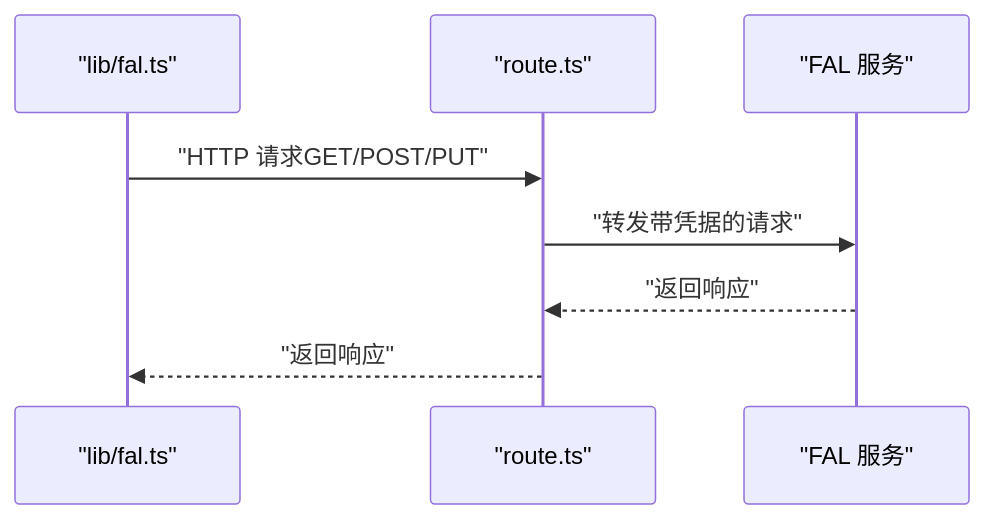
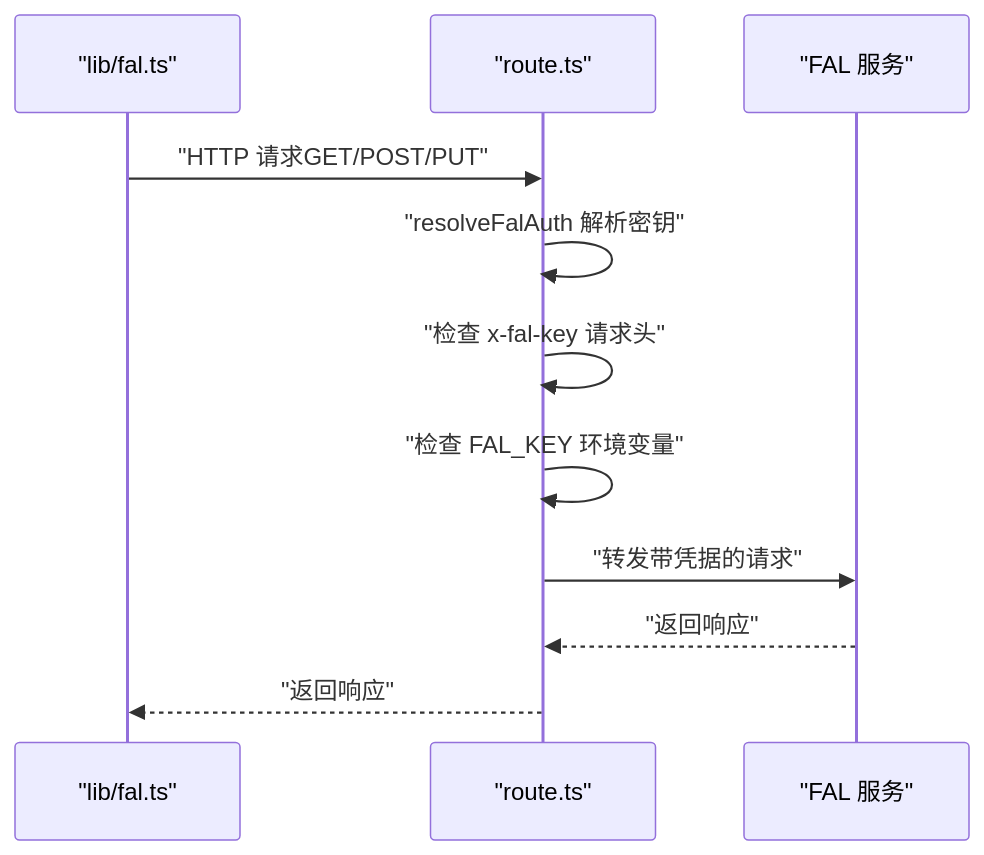
The fourth of 11 diagrams in .qoder/repowiki/zh/content/核心功能模块/AI API 集成.md (billye220670/BananaFlow2), drawn with Mermaid before and after one commit. The commit also changed other lines of this file and 7 other files, not shown here.

Commit message:
修复效果 auto 模式：FAL API 收到 'auto'，由模型自行决定最佳比例，生成后用实际宽高更新显示 指定比例（如 16:9、9:16 等）：正确传递，不再被覆盖为 1:1 占位图阶段：auto 时默认正方形占位，生成完成后自动更新为实际比例

````diff
--- a/.qoder/repowiki/zh/content/核心功能模块/AI API 集成.md
+++ b/.qoder/repowiki/zh/content/核心功能模块/AI API 集成.md
@@ -169,10 +185,13 @@
 ```mermaid
 sequenceDiagram
 participant F as "lib/fal.ts"
 participant R as "route.ts"
 participant K as "FAL 服务"
 F->>R : "HTTP 请求GET/POST/PUT"
+R->>R : "resolveFalAuth 解析密钥"
+R->>R : "检查 x-fal-key 请求头"
+R->>R : "检查 FAL_KEY 环境变量"
 R->>K : "转发带凭据的请求"
 K-->>R : "返回响应"
 R-->>F : "返回响应"
 ```
````
